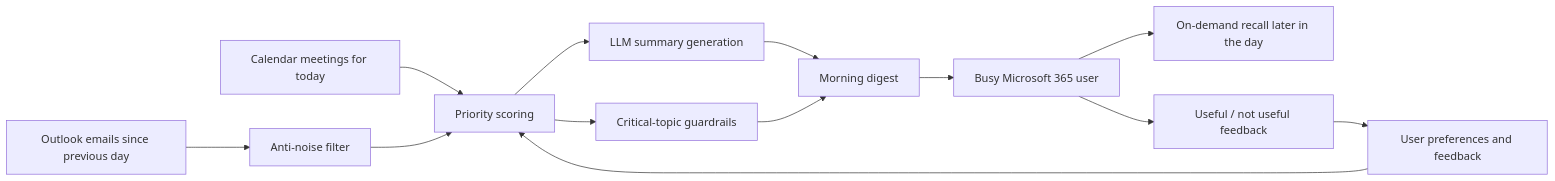
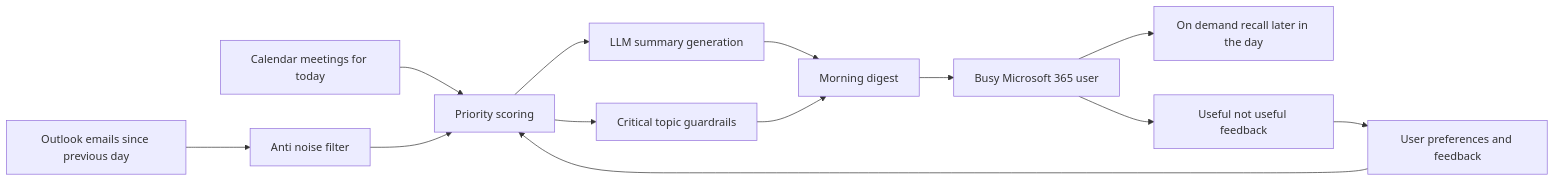
One commit to AlexAgo83/day-captain changed the diagram in logics/request/req_000_day_captain_daily_assistant_for_microsoft_365.md. Above: the diagram before and after it, drawn with Mermaid. The commit also changed 40 other files, not shown here.

Commit message:
Normalize Logics Mermaid diagrams

````diff
--- a/logics/request/req_000_day_captain_daily_assistant_for_microsoft_365.md
+++ b/logics/request/req_000_day_captain_daily_assistant_for_microsoft_365.md
@@ -69,15 +69,15 @@
 ```mermaid
 flowchart LR
-    Mail[Outlook emails since previous day] --> Filter[Anti-noise filter]
+    Mail[Outlook emails since previous day] --> Filter[Anti noise filter]
     Cal[Calendar meetings for today] --> Score[Priority scoring]
     Filter --> Score
     Prefs[User preferences and feedback] --> Score
     Score --> Summary[LLM summary generation]
     Summary --> Digest[Morning digest]
     Digest --> User[Busy Microsoft 365 user]
-    User --> Recall[On-demand recall later in the day]
-    User --> Feedback[Useful / not useful feedback]
+    User --> Recall[On demand recall later in the day]
+    User --> Feedback[Useful not useful feedback]
     Feedback --> Prefs
-    Score --> Guardrails[Critical-topic guardrails]
+    Score --> Guardrails[Critical topic guardrails]
     Guardrails --> Digest
 ```
````
